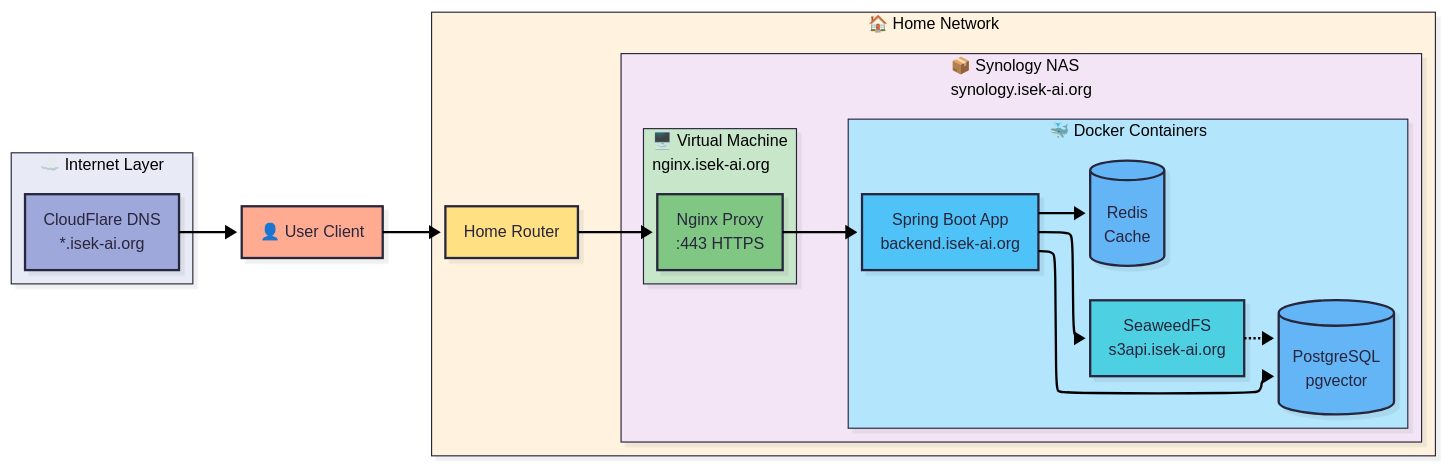
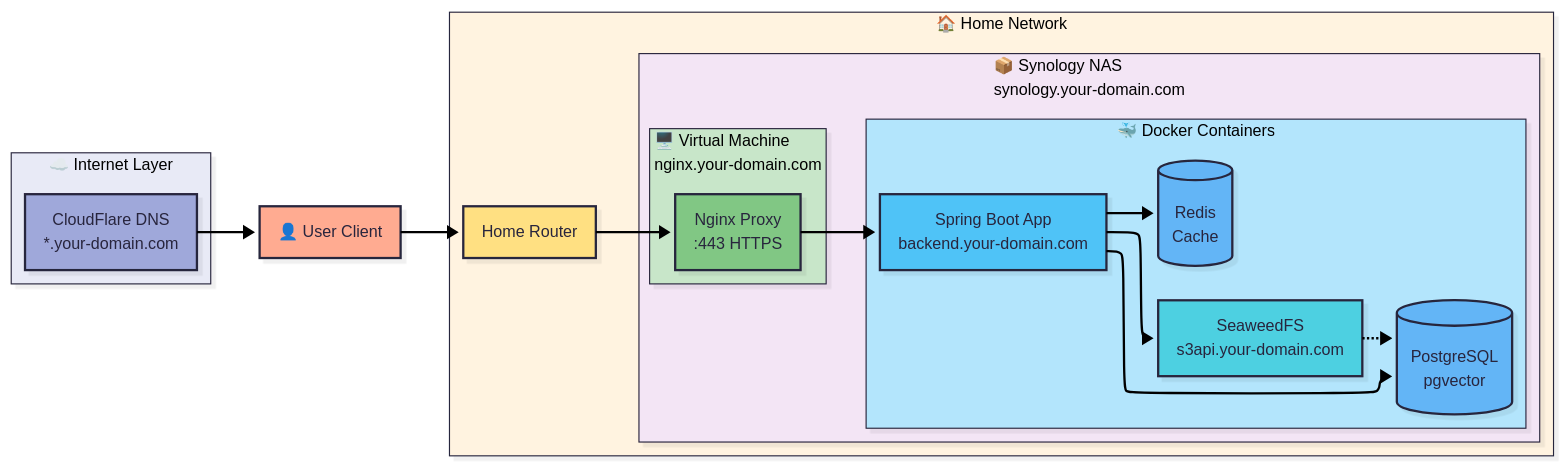
The first of 5 diagrams in README.md (JNU-econovation/ISEKAI-BE), drawn with Mermaid before and after one commit.

Commit message:
:memo: docs: README.md 작성

````diff
--- a/README.md
+++ b/README.md
@@ -71,50 +71,50 @@
 ```mermaid
 ---
 config:
   layout: elk
   look: neo
   theme: redux
 ---
 flowchart LR
     subgraph Internet["☁️ Internet Layer"]
-        CF["CloudFlare DNS<br>*.isek-ai.org"]
+        CF["CloudFlare DNS<br>*.your-domain.com"]
     end
-    subgraph VM["🖥️ Virtual Machine<br>nginx.isek-ai.org"]
+    subgraph VM["🖥️ Virtual Machine<br>nginx.your-domain.com"]
         Nginx["Nginx Proxy<br>:443 HTTPS"]
     end
     subgraph Docker["🐳 Docker Containers"]
-        Backend["Spring Boot App<br>backend.isek-ai.org"]
-        Storage["SeaweedFS<br>s3api.isek-ai.org"]
+        Backend["Spring Boot App<br>backend.your-domain.com"]
+        Storage["SeaweedFS<br>s3api.your-domain.com"]
         DB[("PostgreSQL<br>pgvector")]
         Cache[("Redis<br>Cache")]
     end
-    subgraph NAS["📦 Synology NAS<br>synology.isek-ai.org"]
+    subgraph NAS["📦 Synology NAS<br>synology.your-domain.com"]
         direction TB
         VM
         Docker
     end
     subgraph Home["🏠 Home Network"]
         Router["Home Router"]
         NAS
     end
     CF --> Client["👤 User Client"]
     Client --> Router
     Router --> Nginx
     Nginx --> Backend
     Backend --> Storage & DB & Cache
     Storage -.-> DB
 
     style CF fill:#9FA8DA
     style Nginx fill:#81C784
     style Backend fill:#4FC3F7
     style Storage fill:#4DD0E1
     style DB fill:#64B5F6
     style Cache fill:#64B5F6
     style VM fill:#C8E6C9
     style Docker fill:#B3E5FC
     style Router fill:#FFE082
     style NAS fill:#F3E5F5
     style Client fill:#FFAB91
     style Internet fill:#E8EAF6
     style Home fill:#FFF3E0
 ```
````
